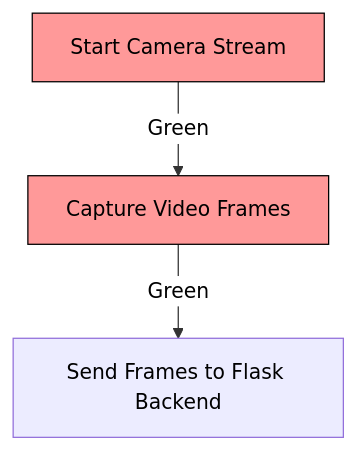
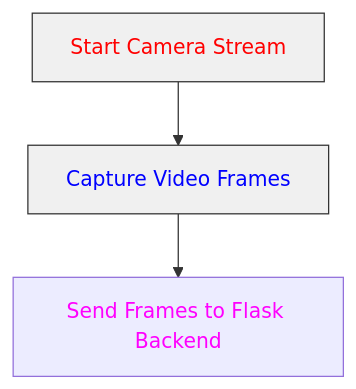
The first of 6 diagrams in README.md (Tharun-selladurai/face_liveliness_web_platform), drawn with Mermaid before and after one commit. The commit also changed other lines of this file, not shown here.

````diff
--- a/README.md
+++ b/README.md
@@ -62,9 +60,9 @@
 ```mermaid
-%%{init: { "theme": "default", "themeVariables": { "edgeLabelBackground": "#ffffff", "tertiaryColor": "#ffffff", "primaryColor": "#ff9999", "edgeColor": "#008000", "textColor": "#000000" }}}%%
+%%{init: { "theme": "default", "themeVariables": { "edgeLabelBackground": "#ffffff", "tertiaryColor": "#ffffff", "primaryColor": "#f0f0f0", "edgeColor": "#333", "textColor": "#000000" }}}%%
 graph TD;
-    A[Start Camera Stream] -->|Green| B[Capture Video Frames]
-    B -->|Green| C[Send Frames to Flask Backend]
+    A[<font color="#ff0000">Start Camera Stream</font>] --> B[<font color="#0000ff">Capture Video Frames</font>]
+    B --> C[<font color="#ff00ff">Send Frames to Flask Backend</font>]
     
-    classDef capture fill:#ff9999,stroke:#000000,color:#000000;
+    classDef capture fill:#f0f0f0,stroke:#333,color:#000000;
     class A,B capture;
 ```
````
